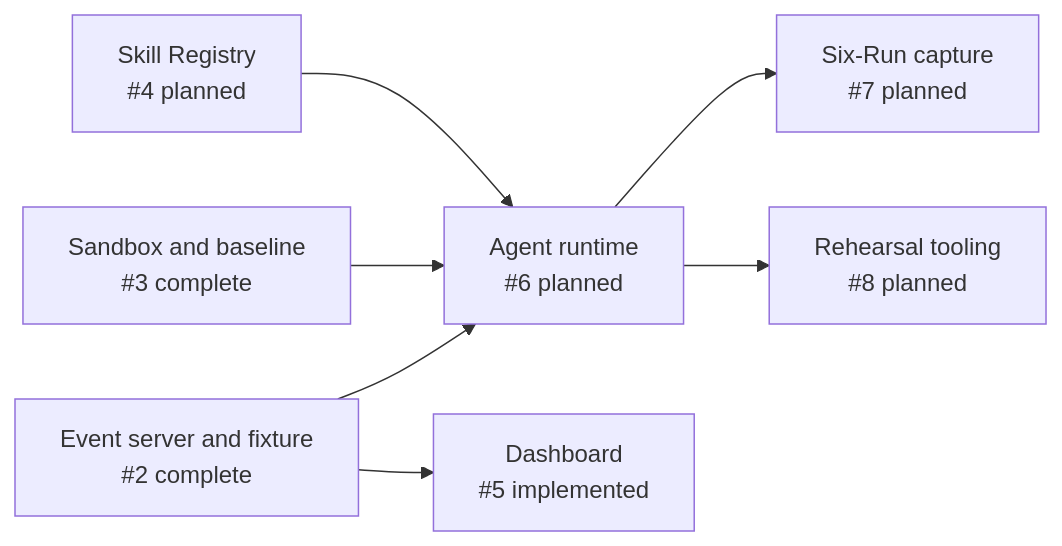
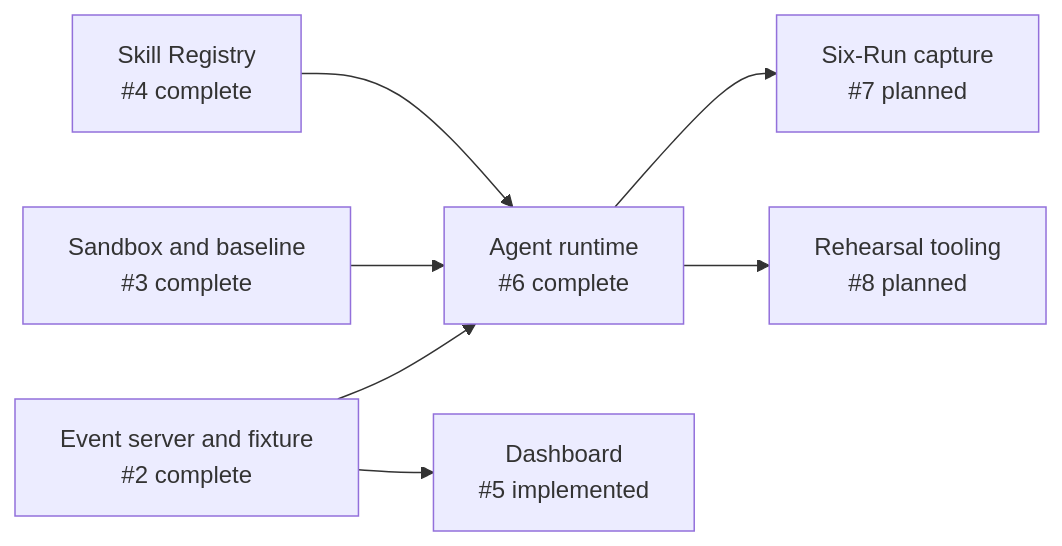
The third of 3 diagrams in docs/architecture/README.md (arnv15/Kintsugi), drawn with Mermaid before and after one commit. The commit also changed other lines of this file and 28 other files, not shown here.

Commit message:
Implement isolated agent runtime (#6)

````diff
--- a/docs/architecture/README.md
+++ b/docs/architecture/README.md
@@ -176,9 +176,9 @@
 ```mermaid
 flowchart LR
-  event["Event server and fixture<br/>#2 complete"] --> runtime["Agent runtime<br/>#6 planned"]
+  event["Event server and fixture<br/>#2 complete"] --> runtime["Agent runtime<br/>#6 complete"]
   sandbox["Sandbox and baseline<br/>#3 complete"] --> runtime
-  registry["Skill Registry<br/>#4 planned"] --> runtime
+  registry["Skill Registry<br/>#4 complete"] --> runtime
   event --> dashboard["Dashboard<br/>#5 implemented"]
   runtime --> capture["Six-Run capture<br/>#7 planned"]
   runtime --> rehearsal["Rehearsal tooling<br/>#8 planned"]
 ```
````
